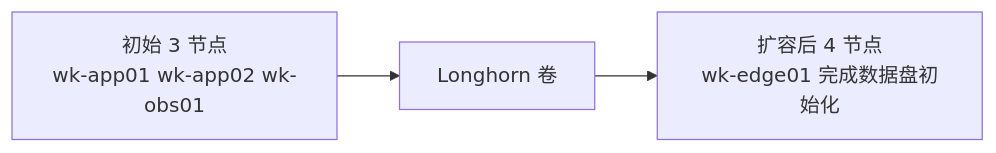
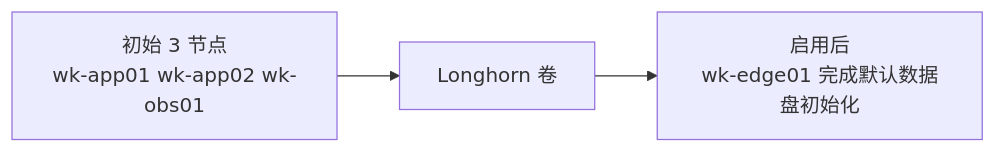
The diagram in k8s/04-storage-and-stateful/docs/07_expand_longhorn_node.md (hwang-protocol/docker_k8s_2026), drawn with Mermaid before and after one commit. The commit also changed other lines of this file and 5 other files, not shown here.

````diff
--- a/k8s/04-storage-and-stateful/docs/07_expand_longhorn_node.md
+++ b/k8s/04-storage-and-stateful/docs/07_expand_longhorn_node.md
@@ -38,9 +33,9 @@
 ```mermaid
 flowchart LR
   stage1[初始 3 节点<br/>wk-app01 wk-app02 wk-obs01]
   volume[Longhorn 卷]
-  stage2[扩容后 4 节点<br/>wk-edge01 完成数据盘初始化]
+  stage2[启用后<br/>wk-edge01 完成默认数据盘初始化]
 
   stage1 --> volume
   volume --> stage2
 ```
````
